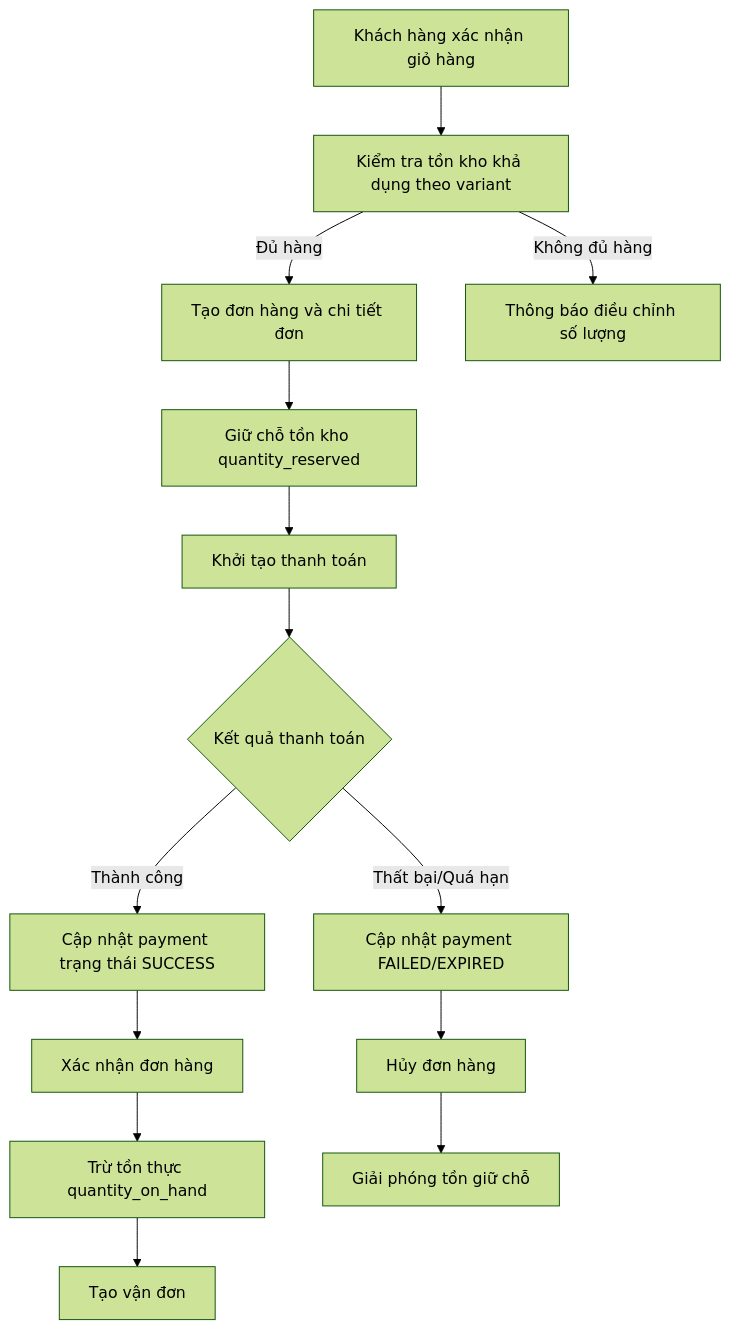
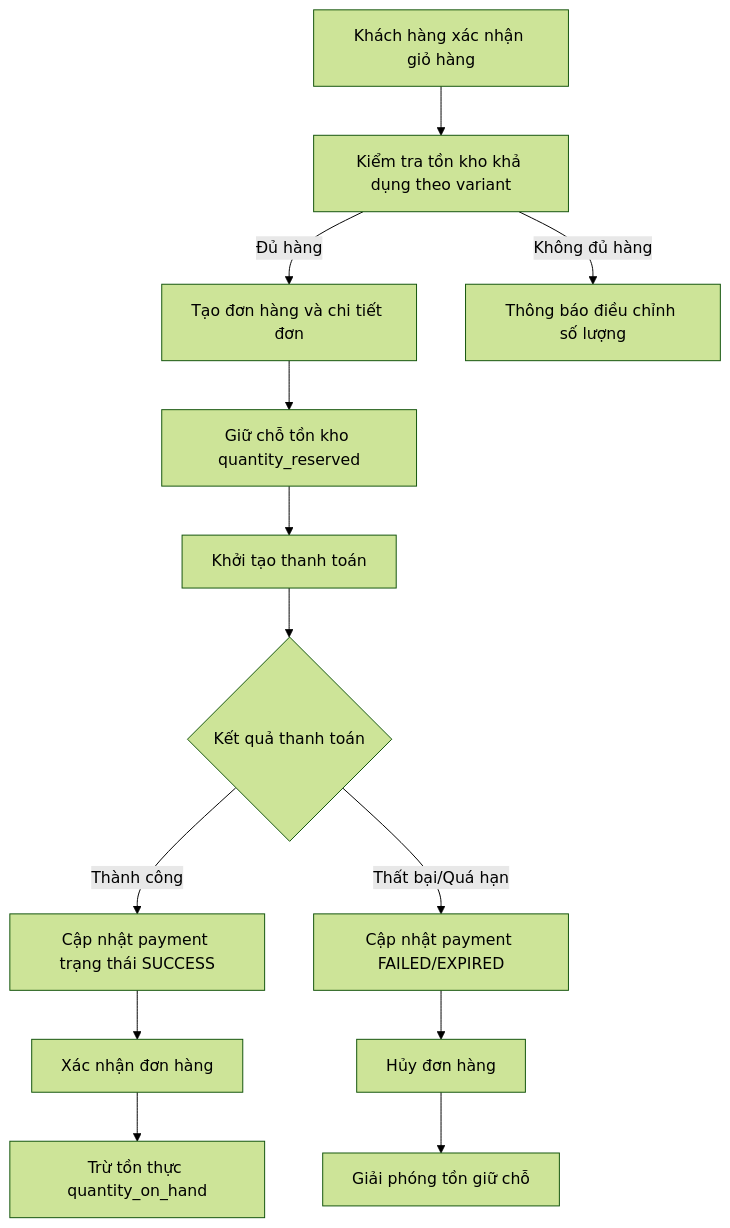
Before and after one commit to n0xgg04/5_1_TMDT_Backend: the third of 5 diagrams in docs/report/chuong_4.md, drawn with Mermaid (forest theme). The commit also changed other lines of this file and 1 other file, not shown here.

Commit message:
docs: update chapter 4 with revised class diagram and remove shipping section from report format

````diff
--- a/docs/report/chuong_4.md
+++ b/docs/report/chuong_4.md
@@ -480,16 +452,15 @@
 ```mermaid
 flowchart TD
     A[Khách hàng xác nhận giỏ hàng] --> B[Kiểm tra tồn kho khả dụng theo variant]
     B -->|Đủ hàng| C[Tạo đơn hàng và chi tiết đơn]
     B -->|Không đủ hàng| B1[Thông báo điều chỉnh số lượng]
     C --> D[Giữ chỗ tồn kho quantity_reserved]
     D --> E[Khởi tạo thanh toán]
     E --> F{Kết quả thanh toán}
     F -->|Thành công| G[Cập nhật payment trạng thái SUCCESS]
     G --> H[Xác nhận đơn hàng]
     H --> I[Trừ tồn thực quantity_on_hand]
-    I --> J[Tạo vận đơn]
     F -->|Thất bại/Quá hạn| K[Cập nhật payment FAILED/EXPIRED]
     K --> L[Hủy đơn hàng]
     L --> M[Giải phóng tồn giữ chỗ]
 ```
````
